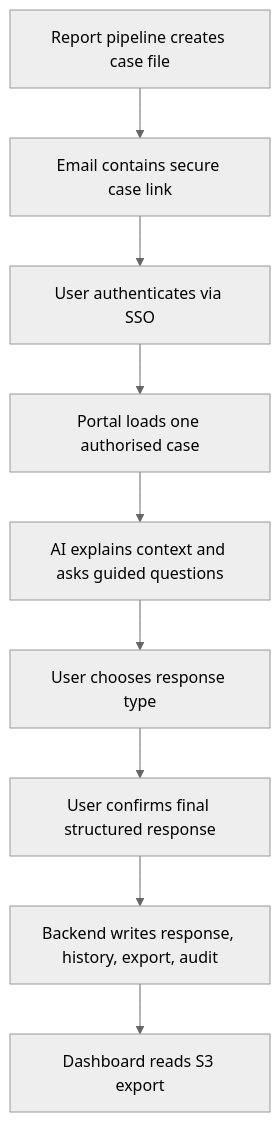
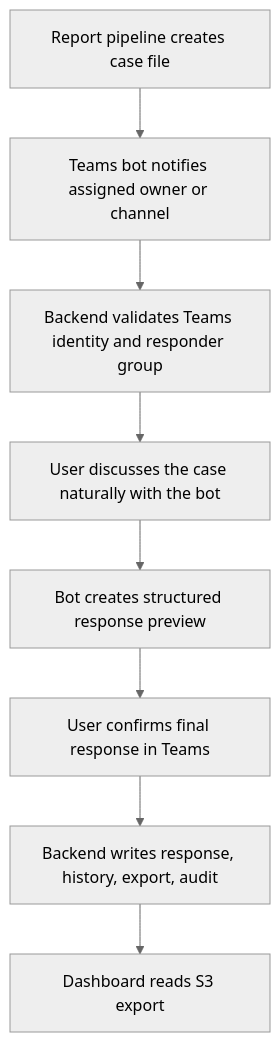
The fifth of 6 diagrams in mvp.md (pickeringtech/finops-ai-report-response-portal-whitepaper), drawn with Mermaid (neutral theme) before and after one commit. The commit also changed other lines of this file and 3 other files, not shown here.

Commit message:
Make Teams bot the MVP interface

````diff
--- a/mvp.md
+++ b/mvp.md
@@ -255,14 +259,13 @@
 ```mermaid
 flowchart TD
     report["Report pipeline creates case file"]
-    email["Email contains secure case link"]
-    auth["User authenticates via SSO"]
-    case["Portal loads one authorised case"]
-    assist["AI explains context and asks guided questions"]
-    choose["User chooses response type"]
-    confirm["User confirms final structured response"]
+    teams["Teams bot notifies assigned owner or channel"]
+    auth["Backend validates Teams identity and responder group"]
+    discuss["User discusses the case naturally with the bot"]
+    draft["Bot creates structured response preview"]
+    confirm["User confirms final response in Teams"]
     write["Backend writes response, history, export, audit"]
     dashboard["Dashboard reads S3 export"]
 
-    report --> email --> auth --> case --> assist --> choose --> confirm --> write --> dashboard
+    report --> teams --> auth --> discuss --> draft --> confirm --> write --> dashboard
 ```
````
